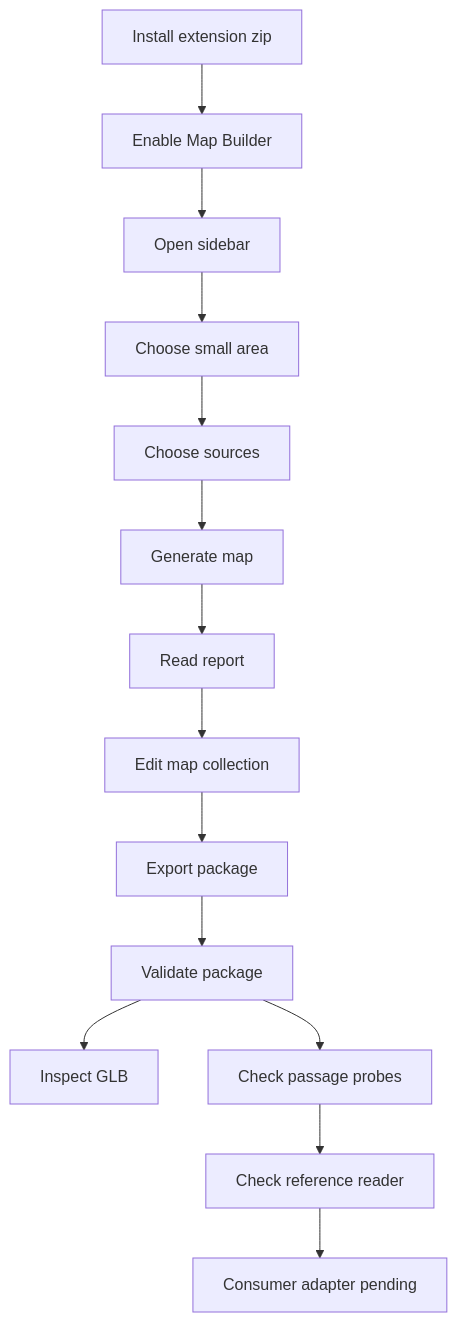
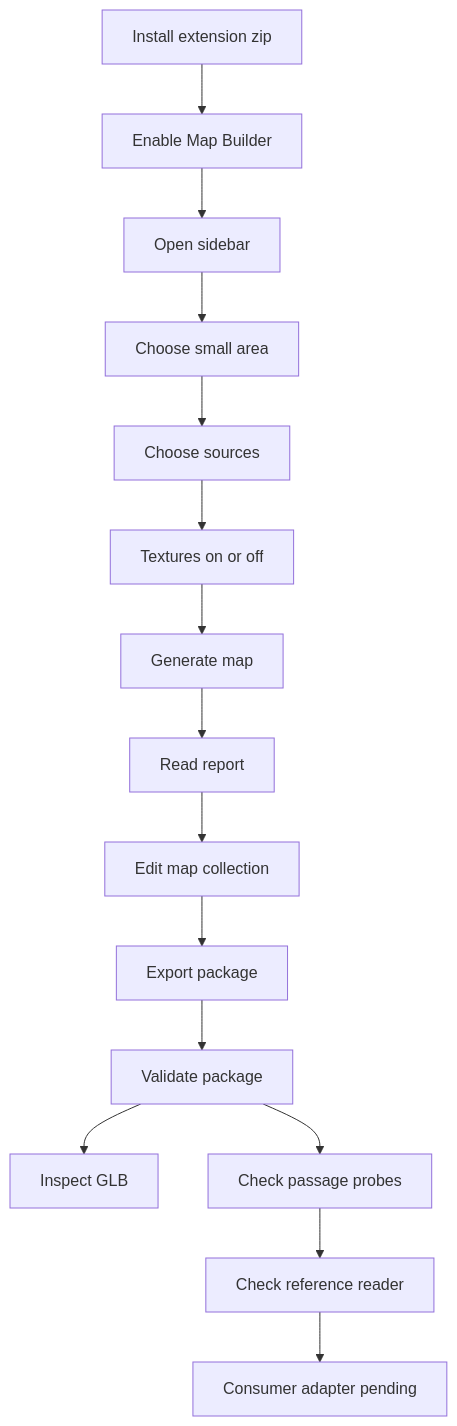
Before and after one commit to lingshf/map-builder: the diagram in docs/flows/overview.md, drawn with Mermaid. The commit also changed other lines of this file and 50 other files, not shown here.

````diff
--- a/docs/flows/overview.md
+++ b/docs/flows/overview.md
@@ -6,16 +6,17 @@
 ```mermaid
 flowchart TD
   A[Install extension zip] --> B[Enable Map Builder]
   B --> C[Open sidebar]
   C --> D[Choose small area]
   D --> E[Choose sources]
-  E --> F[Generate map]
+  E --> T[Textures on or off]
+  T --> F[Generate map]
   F --> G[Read report]
   G --> H[Edit map collection]
   H --> I[Export package]
   I --> J[Validate package]
   J --> K[Inspect GLB]
   J --> P[Check passage probes]
   P --> L[Check reference reader]
   L --> M[Consumer adapter pending]
 ```
````
